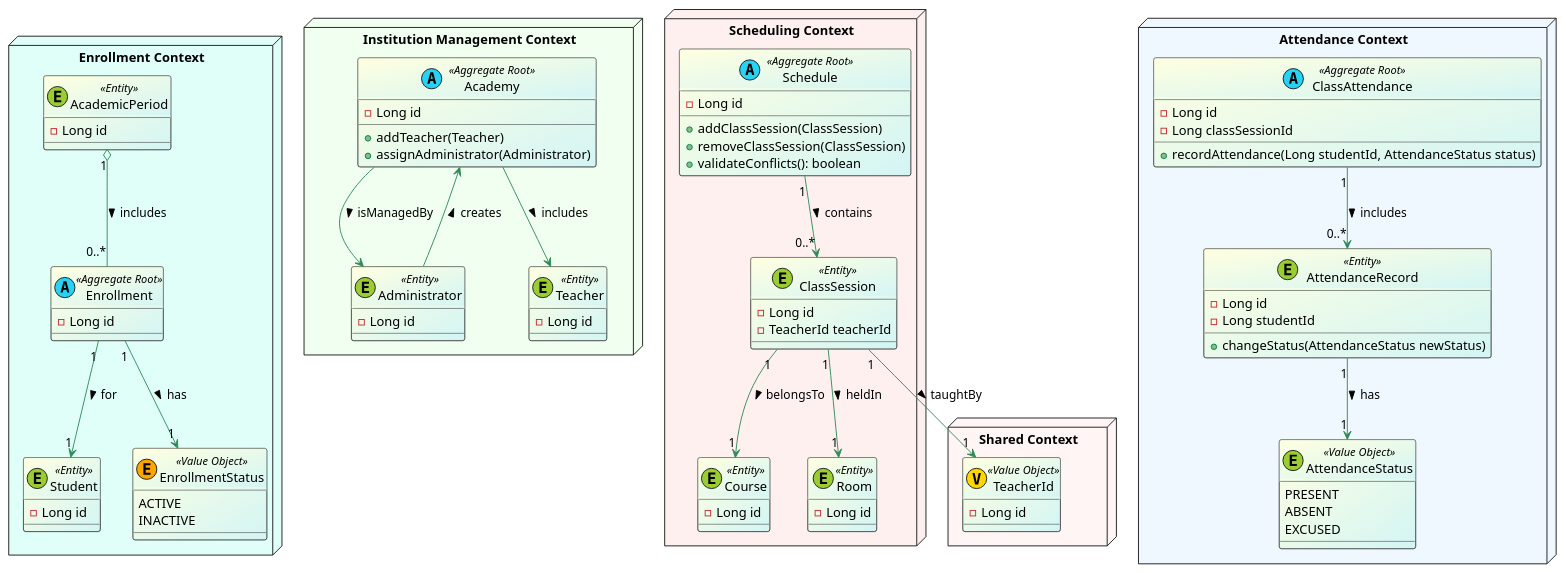
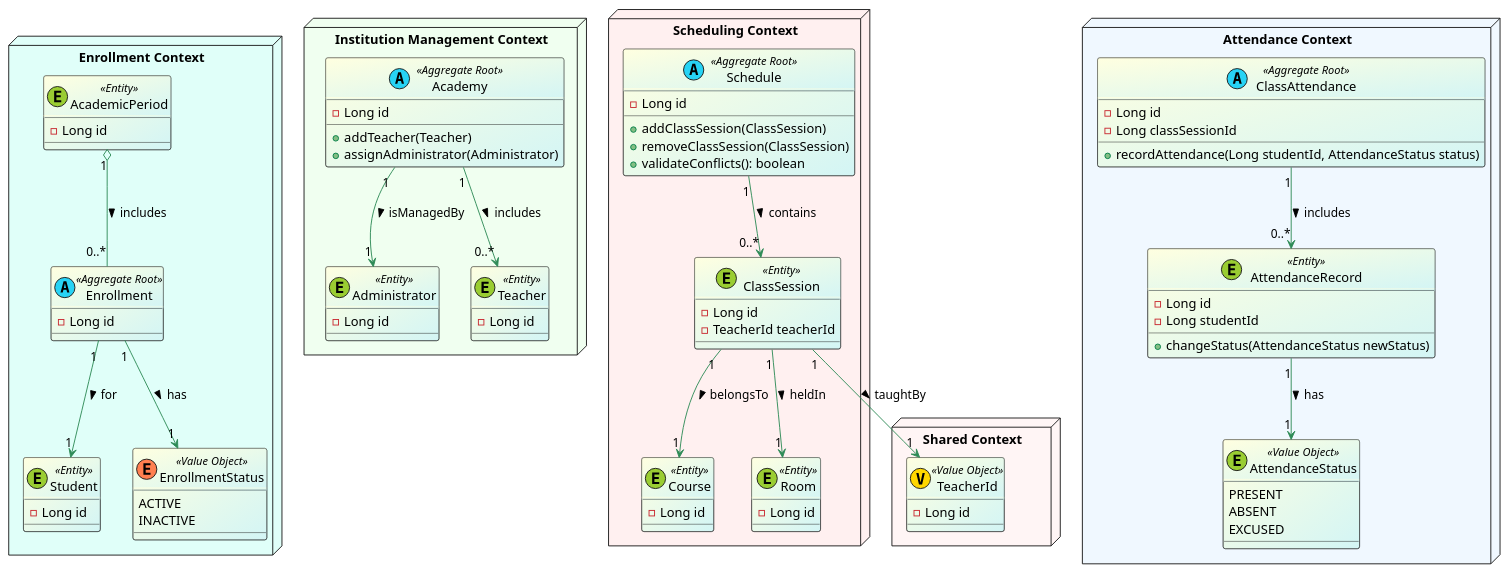
Before and after one commit to demy-project/api: the diagram in docs/domain-diagram.puml, drawn with PlantUML.

Commit message:
docs: update EnrollmentStatus enum color and adjust Academy relationships in domain diagram

```diff
--- a/docs/domain-diagram.puml
+++ b/docs/domain-diagram.puml
@@ -1,106 +1,107 @@
 @startuml Demy Domain Diagram
 
 skinparam class {
     BackgroundColor LightYellow/D3F5F5
     ArrowColor SeaGreen
 }
 
 package "Enrollment Context" <<Node>> #E0FFF9 {
     class Enrollment <<(A, #27D3F5) Aggregate Root>> {
         - Long id
     }
     class Student <<(E, #9ACD32) Entity>> {
         - Long id
     }
-    enum EnrollmentStatus <<(E, #FFA500) Value Object>> {
+    enum EnrollmentStatus <<(E, #FF7F50) Value Object>> {
         ACTIVE
         INACTIVE
     }
     class AcademicPeriod <<(E, #9ACD32) Entity>> {
         - Long id
     }
     ' Relationships
     Enrollment "1" --> "1" Student : for >
     AcademicPeriod "1" o-- "0..*" Enrollment : includes >
     Enrollment "1" --> "1" EnrollmentStatus : has >
 }
 
 package "Institution Management Context" <<Node>> #F0FFF0 {
     class Academy <<(A, #27D3F5) Aggregate Root>> {
         - Long id
         + addTeacher(Teacher)
         + assignAdministrator(Administrator)
     }
+
     class Administrator <<(E, #9ACD32) Entity>> {
         - Long id
     }
 
     class Teacher <<(E, #9ACD32) Entity>> {
         - Long id
     }
+
     ' Relationships
-    Administrator --> Academy : creates >
-    Academy --> Administrator : isManagedBy >
-    Academy --> Teacher : includes >
+    Academy "1" --> "1" Administrator : isManagedBy >
+    Academy "1" --> "0..*" Teacher : includes >
 }
 
 package "Scheduling Context" <<Node>> #FFF0F0 {
     class Schedule <<(A, #27D3F5) Aggregate Root>> {
         - Long id
         + addClassSession(ClassSession)
         + removeClassSession(ClassSession)
         + validateConflicts(): boolean
     }
 
     class ClassSession <<(E, #9ACD32) Entity>> {
         - Long id
         - TeacherId teacherId
     }
 
     class Course <<(E, #9ACD32) Entity>> {
         - Long id
     }
 
     class Room <<(E, #9ACD32)Entity>> {
         - Long id
     }
 
     ' Relationships
     Schedule "1" --> "0..*" ClassSession : contains >
     ClassSession "1" --> "1" Course : belongsTo >
     ClassSession "1" --> "1" Room : heldIn >
 }
 
 package "Attendance Context" <<Node>> #F0F8FF {
     class ClassAttendance <<(A, #27D3F5) Aggregate Root>> {
         - Long id
         - Long classSessionId
         + recordAttendance(Long studentId, AttendanceStatus status)
     }
 
     class AttendanceRecord <<(E, #9ACD32) Entity>> {
         - Long id
         - Long studentId
         + changeStatus(AttendanceStatus newStatus)
     }
 
     class AttendanceStatus <<(E, #9ACD32) Value Object>> {
         PRESENT
         ABSENT
         EXCUSED
     }
     ' Relationships
     ClassAttendance "1" --> "0..*" AttendanceRecord : includes >
     AttendanceRecord "1" --> "1" AttendanceStatus : has >
 }
 
 package "Shared Context" as sc <<Node>> #FFF5F5 {
     class TeacherId <<(V, #FFD700) Value Object>> {
         - Long id
     }
 }
 
 ' Define relationships between contexts
 ClassSession "1" --> "1" TeacherId : taughtBy >
 
 @enduml
```
